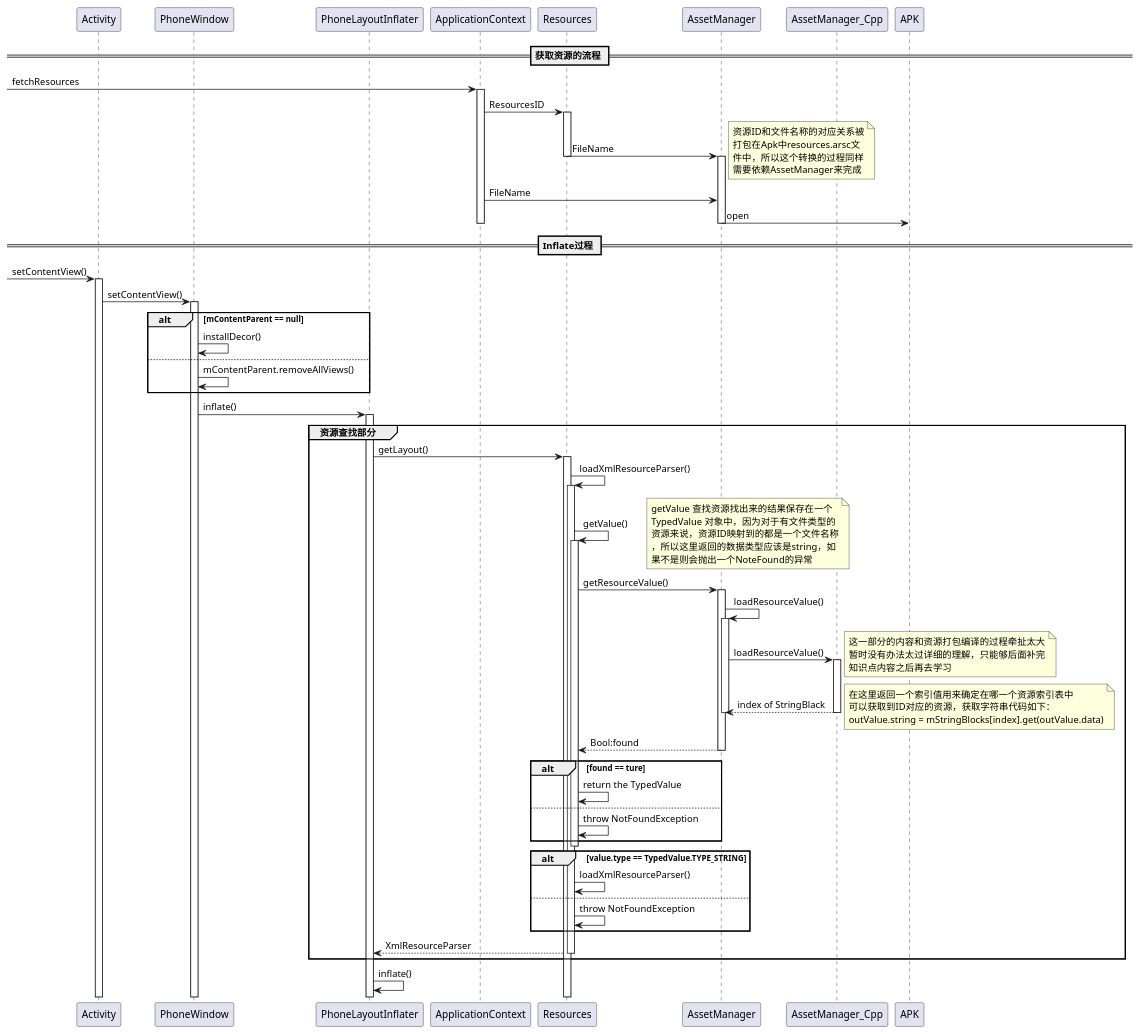
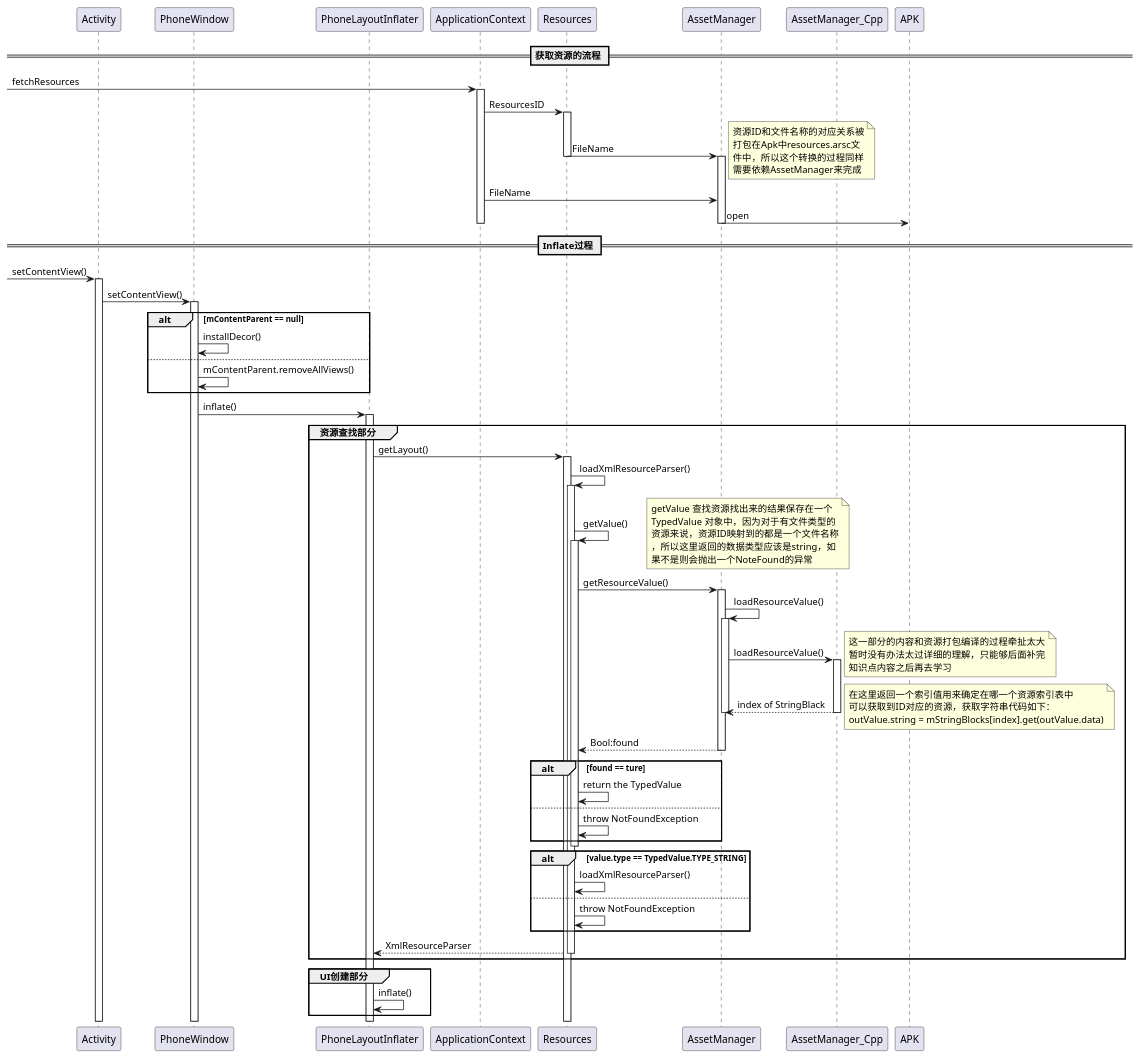
One commit to zhijianz/DevelopNotes changed the diagram in DLProjects/Android Resource System/UML/ResourcesFetchProcess.pu. Above: the diagram before and after it, drawn with PlantUML. The commit also changed 21 other files, not shown here.

```diff
--- a/DLProjects/Android Resource System/UML/ResourcesFetchProcess.pu
+++ b/DLProjects/Android Resource System/UML/ResourcesFetchProcess.pu
@@ -1,109 +1,111 @@
 @startuml
 participant Activity
 participant PhoneWindow
 participant PhoneLayoutInflater
 
 participant ApplicationContext as ap
 participant Resources
 participant AssetManager
 participant AssetManager_Cpp
 participant APK
 
 == 获取资源的流程 ==
 [-> ap : fetchResources
 activate ap
 ap -> Resources : ResourcesID
 activate Resources
 Resources -> AssetManager : FileName
 note right
 资源ID和文件名称的对应关系被
 打包在Apk中resources.arsc文
 件中，所以这个转换的过程同样
 需要依赖AssetManager来完成
 end note
 deactivate Resources
 activate AssetManager
 ap -> AssetManager : FileName
 AssetManager -> APK : open
 deactivate ap
 deactivate AssetManager
 
 == Inflate过程 ==
 [-> Activity : setContentView()
 activate Activity
 
 Activity -> PhoneWindow : setContentView()
 activate PhoneWindow
 
 alt mContentParent == null
 PhoneWindow -> PhoneWindow : installDecor()
 else
 PhoneWindow -> PhoneWindow : mContentParent.removeAllViews()
 end alt
 PhoneWindow -> PhoneLayoutInflater : inflate()
 activate PhoneLayoutInflater
 
 group 资源查找部分
 PhoneLayoutInflater -> Resources : getLayout()
 activate Resources
 
 Resources -> Resources : loadXmlResourceParser()
 activate Resources
 
 Resources -> Resources : getValue()
 note right
 getValue 查找资源找出来的结果保存在一个
 TypedValue 对象中，因为对于有文件类型的
 资源来说，资源ID映射到的都是一个文件名称
 ，所以这里返回的数据类型应该是string，如
 果不是则会抛出一个NoteFound的异常
 end note
 activate Resources
 
 Resources -> AssetManager : getResourceValue()
 activate AssetManager
 
 AssetManager -> AssetManager : loadResourceValue()
 activate AssetManager
 
 AssetManager -> AssetManager_Cpp : loadResourceValue()
 activate AssetManager_Cpp
 note right
 这一部分的内容和资源打包编译的过程牵扯太大
 暂时没有办法太过详细的理解，只能够后面补完
 知识点内容之后再去学习
 end note
 
 AssetManager_Cpp --> AssetManager : index of StringBlack
 deactivate AssetManager_Cpp
 deactivate AssetManager
 note right
 在这里返回一个索引值用来确定在哪一个资源索引表中
 可以获取到ID对应的资源，获取字符串代码如下：
 outValue.string = mStringBlocks[index].get(outValue.data)
 end note
 
 AssetManager --> Resources : Bool:found
 deactivate AssetManager
 
 alt found == ture
 Resources -> Resources : return the TypedValue
 else
 Resources -> Resources : throw NotFoundException
 end alt
 deactivate Resources
 
 alt value.type == TypedValue.TYPE_STRING
 Resources -> Resources : loadXmlResourceParser()
 else
 Resources -> Resources : throw NotFoundException
 end alt
 
 
 Resources --> PhoneLayoutInflater : XmlResourceParser
 deactivate Resources
 end group
 
+group UI创建部分
 PhoneLayoutInflater -> PhoneLayoutInflater : inflate()
+end group
 
 @enduml
```
